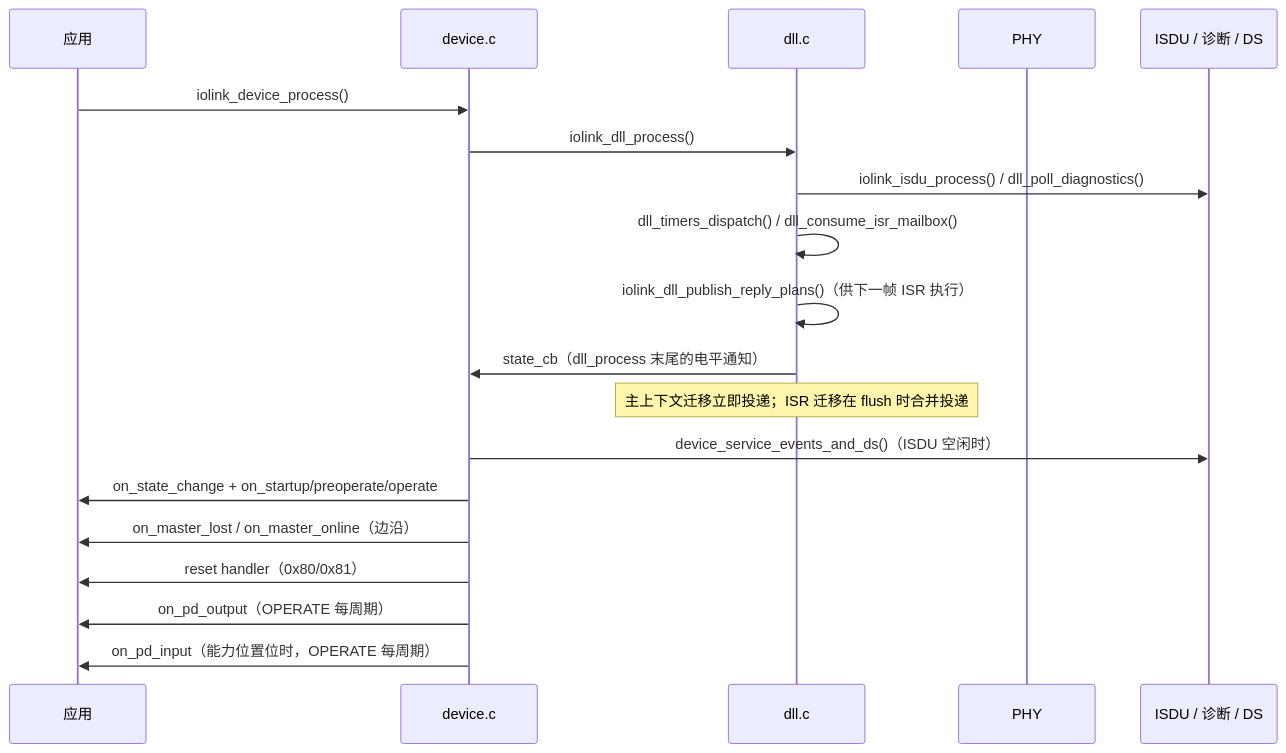
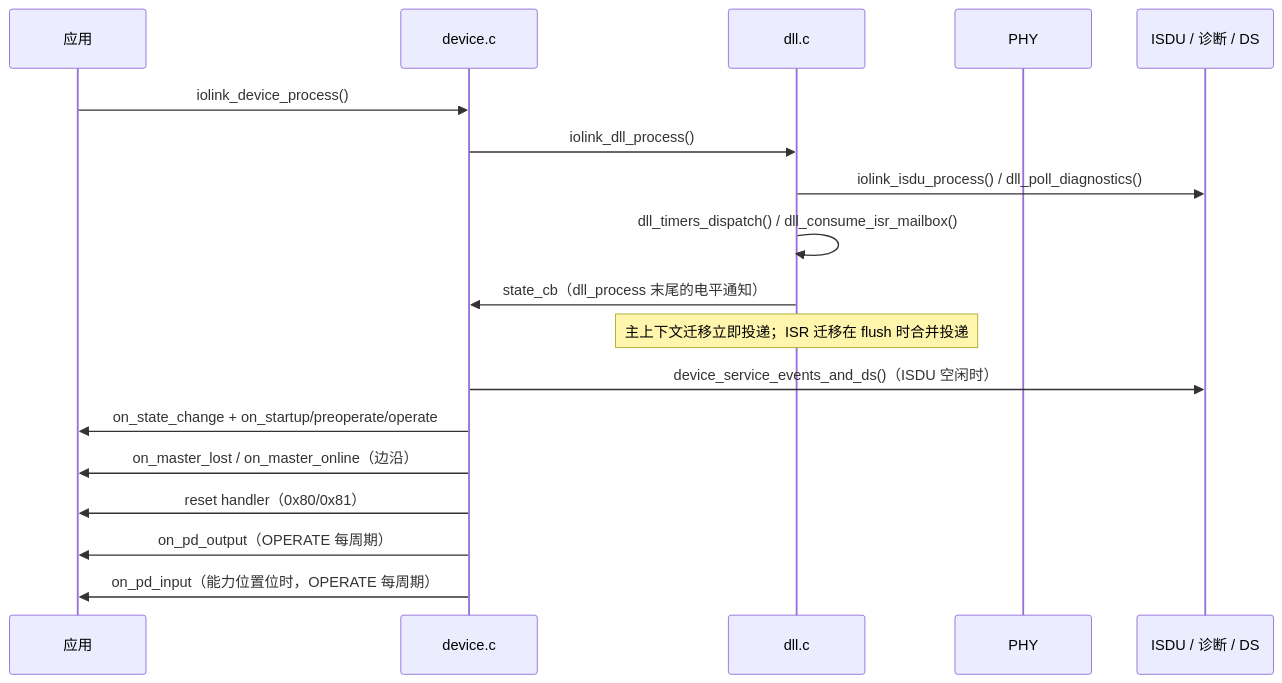
Diagram 15 of 17 in docs/CODE_FLOW.md (Adlyq/iolinki), drawn with Mermaid before and after one commit. The commit also changed other lines of this file and 22 other files, not shown here.

````diff
--- a/docs/CODE_FLOW.md
+++ b/docs/CODE_FLOW.md
@@ -757,22 +757,21 @@
 ```mermaid
 sequenceDiagram
     participant APP as 应用
     participant DEV as device.c
     participant DLL as dll.c
     participant PHY as PHY
     participant SVC as ISDU / 诊断 / DS
 
     APP->>DEV: iolink_device_process()
     DEV->>DLL: iolink_dll_process()
     DLL->>SVC: iolink_isdu_process() / dll_poll_diagnostics()
     DLL->>DLL: dll_timers_dispatch() / dll_consume_isr_mailbox()
-    DLL->>DLL: iolink_dll_publish_reply_plans()（供下一帧 ISR 执行）
     DLL->>DEV: state_cb（dll_process 末尾的电平通知）
     Note over DLL: 主上下文迁移立即投递；ISR 迁移在 flush 时合并投递
     DEV->>SVC: device_service_events_and_ds()（ISDU 空闲时）
     DEV->>APP: on_state_change + on_startup/preoperate/operate
     DEV->>APP: on_master_lost / on_master_online（边沿）
     DEV->>APP: reset handler（0x80/0x81）
     DEV->>APP: on_pd_output（OPERATE 每周期）
     DEV->>APP: on_pd_input（能力位置位时，OPERATE 每周期）
 ```
````
